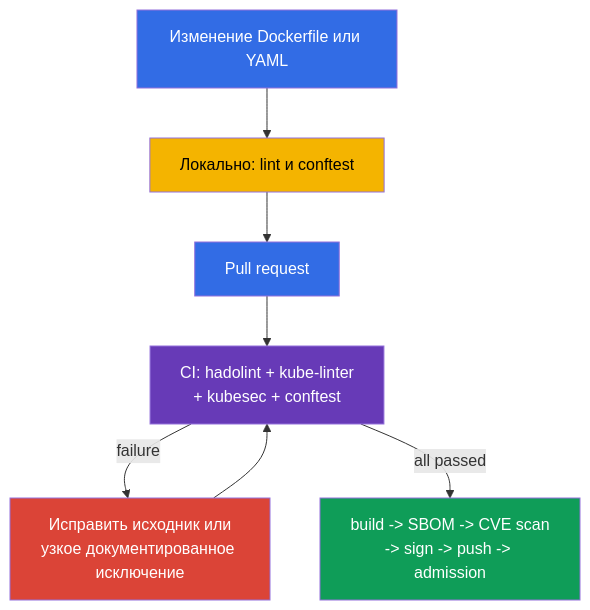
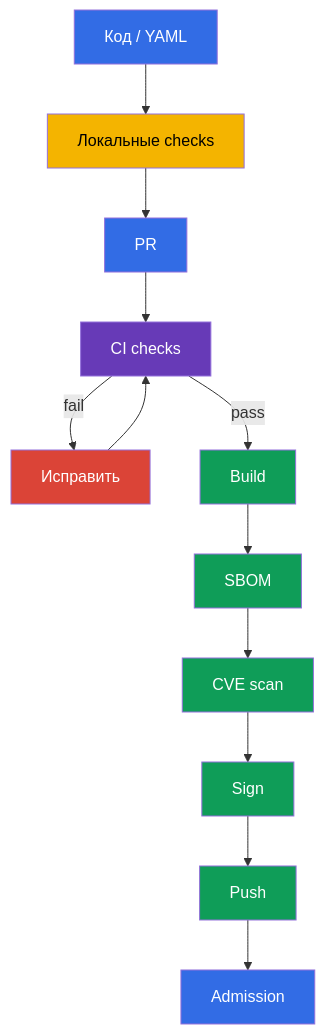
One commit to ViktorUJ/cks changed the second of 2 diagrams in tasks/cks/course/27/ru.md. Above: the diagram before and after it, drawn with Mermaid. The commit also changed other lines of this file and 19 other files, not shown here.

````diff
--- a/tasks/cks/course/27/ru.md
+++ b/tasks/cks/course/27/ru.md
@@ -491,15 +543,25 @@
 ```mermaid
 flowchart TB
-    change["Изменение Dockerfile или YAML"] --> local["Локально: lint и conftest"]
-    local --> pr["Pull request"]
-    pr --> ci["CI: hadolint + kube-linter<br/>+ kubesec + conftest"]
-    ci -->|"failure"| fix["Исправить исходник или<br/>узкое документированное исключение"]
+    change["Код / YAML"] --> local["Локальные checks"]
+    local --> pr["PR"]
+    pr --> ci["CI checks"]
+    ci -->|"fail"| fix["Исправить"]
     fix --> ci
-    ci -->|"all passed"| next["build -> SBOM -> CVE scan<br/>-> sign -> push -> admission"]
+    ci -->|"pass"| build["Build"]
+    build --> sbom["SBOM"]
+    sbom --> scan["CVE scan"]
+    scan --> sign["Sign"]
+    sign --> push["Push"]
+    push --> admission["Admission"]
     style change fill:#326ce5,color:#fff
     style local fill:#f4b400,color:#000
     style pr fill:#326ce5,color:#fff
     style ci fill:#673ab7,color:#fff
     style fix fill:#db4437,color:#fff
-    style next fill:#0f9d58,color:#fff
+    style build fill:#0f9d58,color:#fff
+    style sbom fill:#0f9d58,color:#fff
+    style scan fill:#0f9d58,color:#fff
+    style sign fill:#0f9d58,color:#fff
+    style push fill:#0f9d58,color:#fff
+    style admission fill:#326ce5,color:#fff
 ```
````
